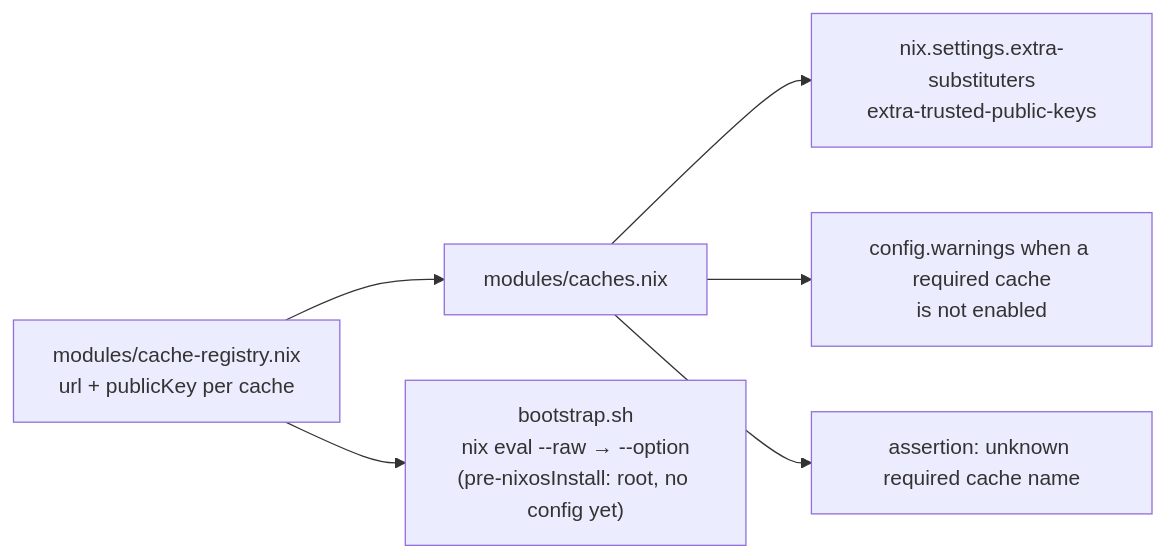
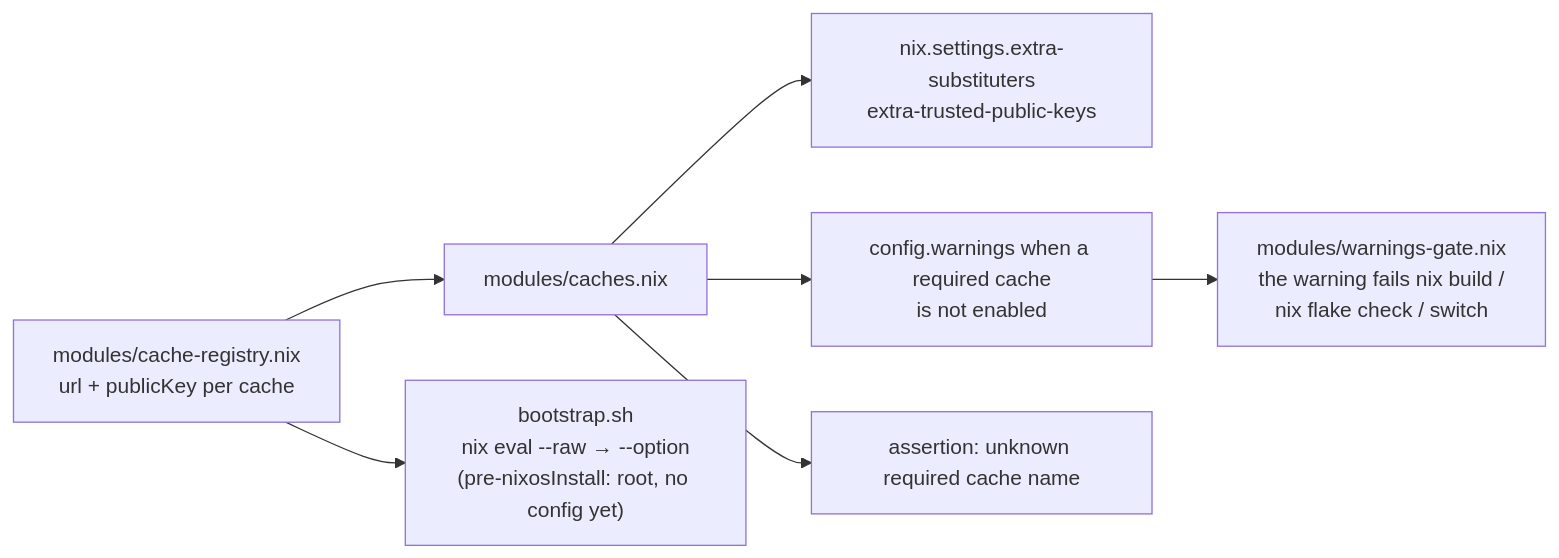
Before and after one commit to WombatFromHell/automatic-palm-tree: the fifth of 8 diagrams in DESIGN.md, drawn with Mermaid. The commit also changed other lines of this file and 8 other files, not shown here.

````diff
--- a/DESIGN.md
+++ b/DESIGN.md
@@ -115,8 +134,9 @@
 ```mermaid
 flowchart LR
   R["modules/cache-registry.nix<br/>url + publicKey per cache"] --> C["modules/caches.nix"]
   C --> S["nix.settings.extra-substituters<br/>extra-trusted-public-keys"]
   C --> W["config.warnings when a required cache<br/>is not enabled"]
   C --> A["assertion: unknown required cache name"]
   R --> B["bootstrap.sh<br/>nix eval --raw → --option<br/>(pre-nixosInstall: root, no config yet)"]
+  W --> G["modules/warnings-gate.nix<br/>the warning fails nix build /<br/>nix flake check / switch"]
 ```
````
